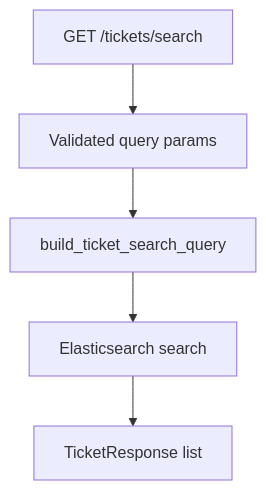
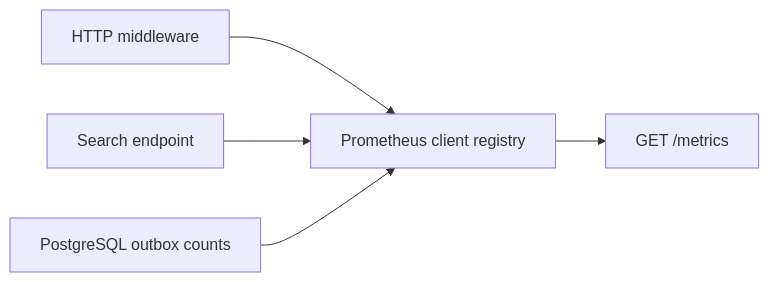
One commit to melika-kheirieh/fastapi-ticket-search-service changed the fifth of 5 diagrams in docs/architecture.md. Above: the diagram before and after it, drawn with Mermaid. The commit also changed other lines of this file and 3 other files, not shown here.

````diff
--- a/docs/architecture.md
+++ b/docs/architecture.md
@@ -84,7 +157,7 @@
 ```mermaid
-flowchart TD
-    A["GET /tickets/search"] --> B["Validated query params"]
-    B --> C["build_ticket_search_query"]
-    C --> D["Elasticsearch search"]
-    D --> E["TicketResponse list"]
+flowchart LR
+    A["HTTP middleware"] --> D["Prometheus client registry"]
+    B["Search endpoint"] --> D
+    C["PostgreSQL outbox counts"] --> D
+    D --> E["GET /metrics"]
 ```
````
